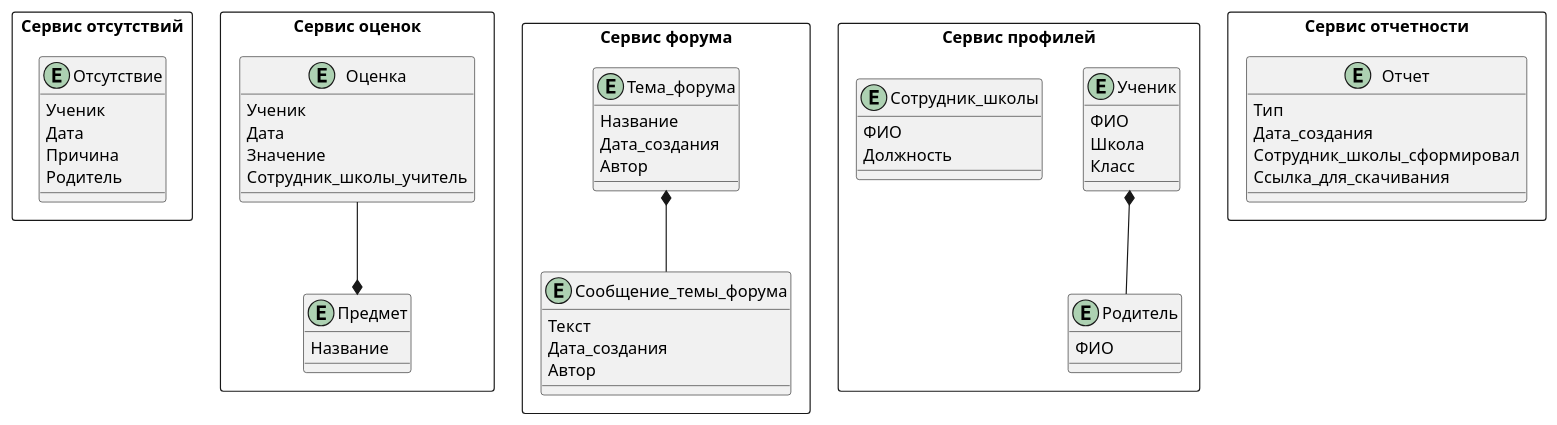
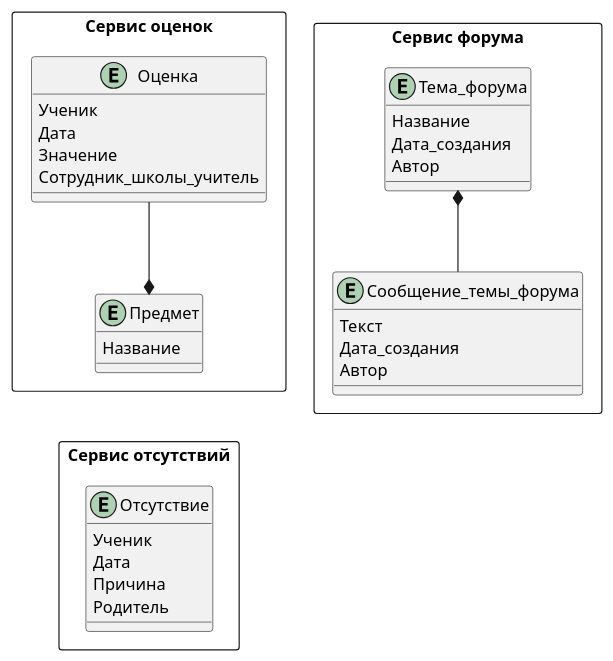
The diagram in docs/software-architect-dz-2/mikroservisnaya-arkhitektura-1-y-variant-dekompo.puml (MorpM/software_architecture_course), drawn with PlantUML before and after one commit. The commit also changed 2 other files, not shown here.

```diff
--- a/docs/software-architect-dz-2/mikroservisnaya-arkhitektura-1-y-variant-dekompo.puml
+++ b/docs/software-architect-dz-2/mikroservisnaya-arkhitektura-1-y-variant-dekompo.puml
@@ -1,69 +1,49 @@
 @startuml
 
 rectangle "Сервис отсутствий" {
 entity "Отсутствие" as absence {
 Ученик
 Дата
 Причина
 Родитель
 }
 }
 
 rectangle "Сервис оценок" {
 entity "Оценка" as mark {
 Ученик
 Дата
 Значение
 Сотрудник_школы_учитель
 }
 
 entity "Предмет" as subject {
 Название
 }
 }
 
 rectangle "Сервис форума" {
 entity "Тема_форума" as topic{
 Название
 Дата_создания
 Автор
 }
 
 entity "Сообщение_темы_форума" as message {
 Текст
 Дата_создания
 Автор
 }
 }
 
-rectangle "Сервис профилей" {
-entity "Ученик" as student {
-ФИО
-Школа
-Класс
-}
 
-entity "Родитель" as parent {
-ФИО
-}
 
-entity "Сотрудник_школы" as admin {
-ФИО
-Должность
-}
-}
 
-rectangle "Сервис отчетности" {
-entity "Отчет" as report{
-Тип
-Дата_создания
-Сотрудник_школы_сформировал
-Ссылка_для_скачивания
-}
-}
 
-student *-- parent
+
 topic *-- message
 mark --* subject
+subject -[hidden]- absence
+
 
 @enduml
```
